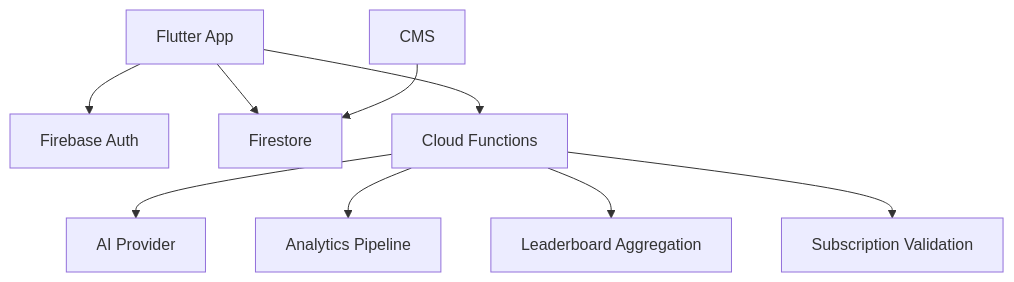
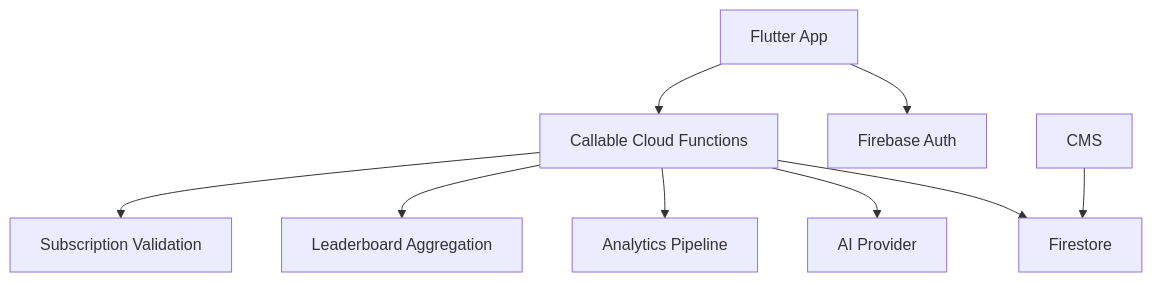
Before and after one commit to fauzibinfaisal/ExamCoach: the diagram in docs/architecture/Backend_Service_Architecture.md, drawn with Mermaid. The commit also changed other lines of this file and 62 other files, not shown here.

````diff
--- a/docs/architecture/Backend_Service_Architecture.md
+++ b/docs/architecture/Backend_Service_Architecture.md
@@ -5,11 +5,11 @@
 ```mermaid
 flowchart TD
     A[Flutter App] --> B[Firebase Auth]
-    A --> C[Firestore]
-    A --> D[Cloud Functions]
+    A --> D[Callable Cloud Functions]
+    D --> C[Firestore]
     D --> E[AI Provider]
     D --> F[Analytics Pipeline]
     D --> G[Leaderboard Aggregation]
     D --> H[Subscription Validation]
     I[CMS] --> C
 ```
````
